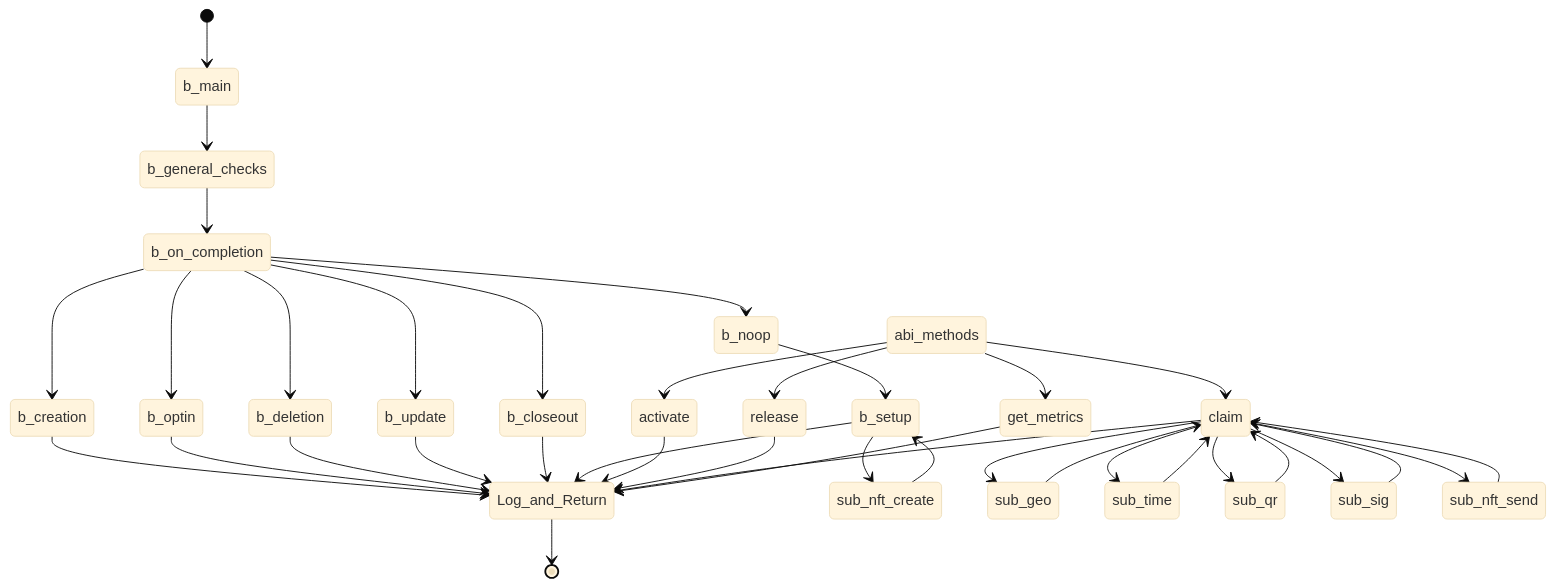
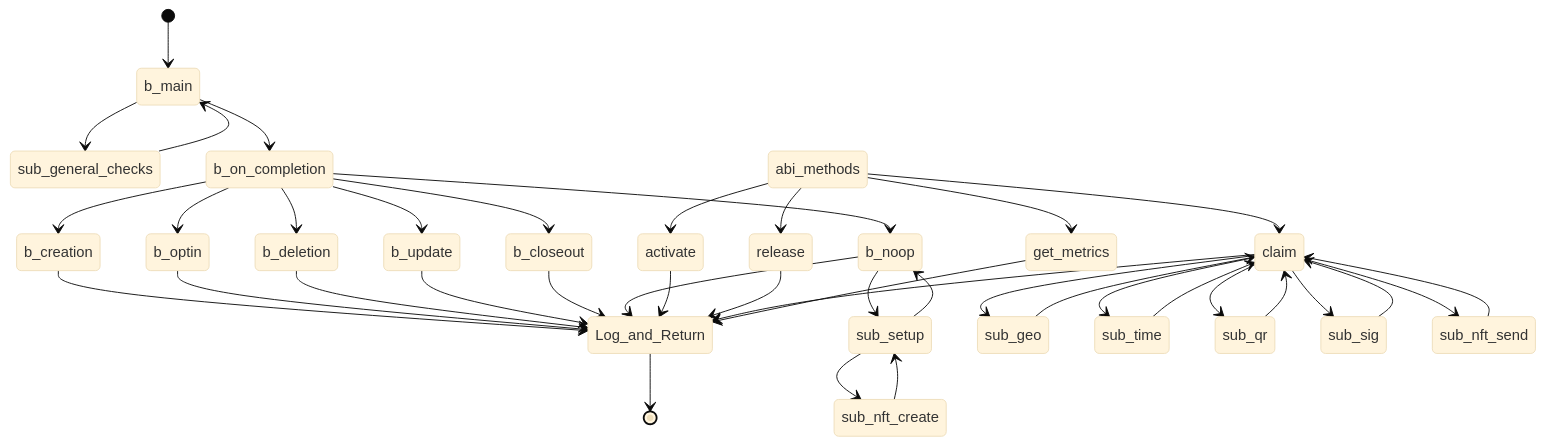
Before and after one commit to Sun-C0ffee/algopoap-smartcontracts: the sixth of 7 diagrams in README.md, drawn with Mermaid (base theme). The commit also changed other lines of this file and 2 other files, not shown here.

````diff
--- a/README.md
+++ b/README.md
@@ -275,54 +283,56 @@
 ```mermaid
   stateDiagram-v2
     [*] --> b_main
-    b_main --> b_general_checks
-    b_general_checks --> b_on_completion
+    b_main --> sub_general_checks
+    sub_general_checks --> b_main
+    b_main --> b_on_completion
     
     b_on_completion --> b_creation
     b_creation --> Log_and_Return
     b_on_completion --> b_optin
     b_optin --> Log_and_Return
     b_on_completion --> b_deletion
     b_deletion --> Log_and_Return
     b_on_completion --> b_update
     b_update --> Log_and_Return
     b_on_completion --> b_closeout
     b_closeout --> Log_and_Return
 
     b_on_completion --> b_noop
-    b_noop --> b_setup
-    b_setup --> sub_nft_create
-    sub_nft_create --> b_setup
-    b_setup --> Log_and_Return
+    b_noop --> sub_setup
+    sub_setup --> sub_nft_create
+    sub_nft_create --> sub_setup
+    sub_setup --> b_noop
+    b_noop --> Log_and_Return
    
 
 
     abi_methods --> activate
     activate --> Log_and_Return
 
     abi_methods --> release
     release --> Log_and_Return
 
     abi_methods --> claim
     claim --> sub_geo
     sub_geo --> claim
     claim --> sub_time
     sub_time --> claim
     claim --> sub_qr
     sub_qr --> claim
     claim --> sub_sig
     sub_sig --> claim
     claim --> sub_nft_send
     sub_nft_send --> claim
     claim --> Log_and_Return
 
 
     
   
     abi_methods --> get_metrics
     get_metrics --> Log_and_Return
   
     
     Log_and_Return --> [*]
     
 ```
````
